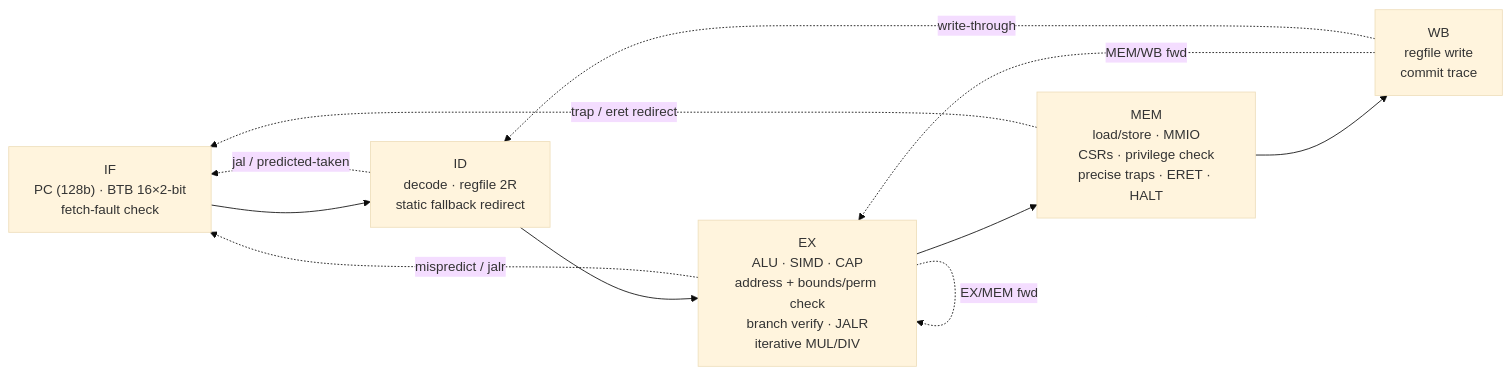
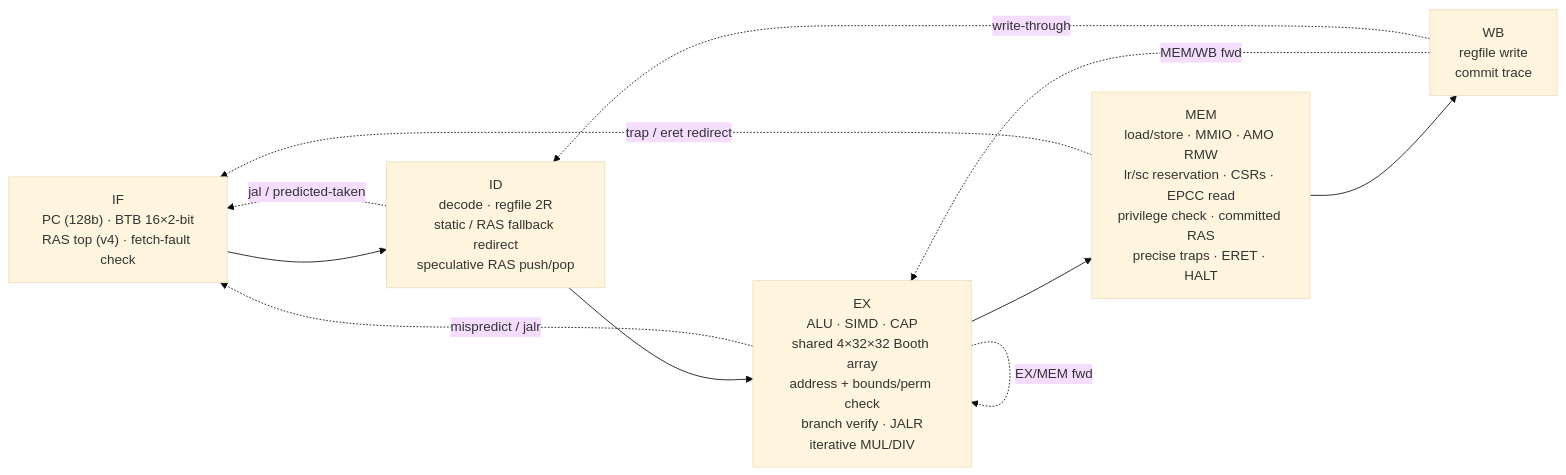
One commit to fghijkln/tachyon-128 changed the diagram in README.md. Above: the diagram before and after it, drawn with Mermaid (base theme). The commit also changed other lines of this file and 6 other files, not shown here.

````diff
--- a/README.md
+++ b/README.md
@@ -100,13 +112,13 @@
 ```mermaid
 flowchart LR
-  IF["IF<br/>PC (128b) · BTB 16×2-bit<br/>fetch-fault check"] --> ID["ID<br/>decode · regfile 2R<br/>static fallback redirect"]
-  ID --> EX["EX<br/>ALU · SIMD · CAP<br/>address + bounds/perm check<br/>branch verify · JALR<br/>iterative MUL/DIV"]
-  EX --> MEM["MEM<br/>load/store · MMIO<br/>CSRs · privilege check<br/>precise traps · ERET · HALT"]
+  IF["IF<br/>PC (128b) · BTB 16×2-bit<br/>RAS top (v4) · fetch-fault check"] --> ID["ID<br/>decode · regfile 2R<br/>static / RAS fallback redirect<br/>speculative RAS push/pop"]
+  ID --> EX["EX<br/>ALU · SIMD · CAP<br/>shared 4×32×32 Booth array<br/>address + bounds/perm check<br/>branch verify · JALR<br/>iterative MUL/DIV"]
+  EX --> MEM["MEM<br/>load/store · MMIO · AMO RMW<br/>lr/sc reservation · CSRs · EPCC read<br/>privilege check · committed RAS<br/>precise traps · ERET · HALT"]
   MEM --> WB["WB<br/>regfile write<br/>commit trace"]
   EX -. "EX/MEM fwd" .-> EX
   WB -. "MEM/WB fwd" .-> EX
   WB -. "write-through" .-> ID
   MEM -. "trap / eret redirect" .-> IF
   EX -. "mispredict / jalr" .-> IF
   ID -. "jal / predicted-taken" .-> IF
 ```
````
